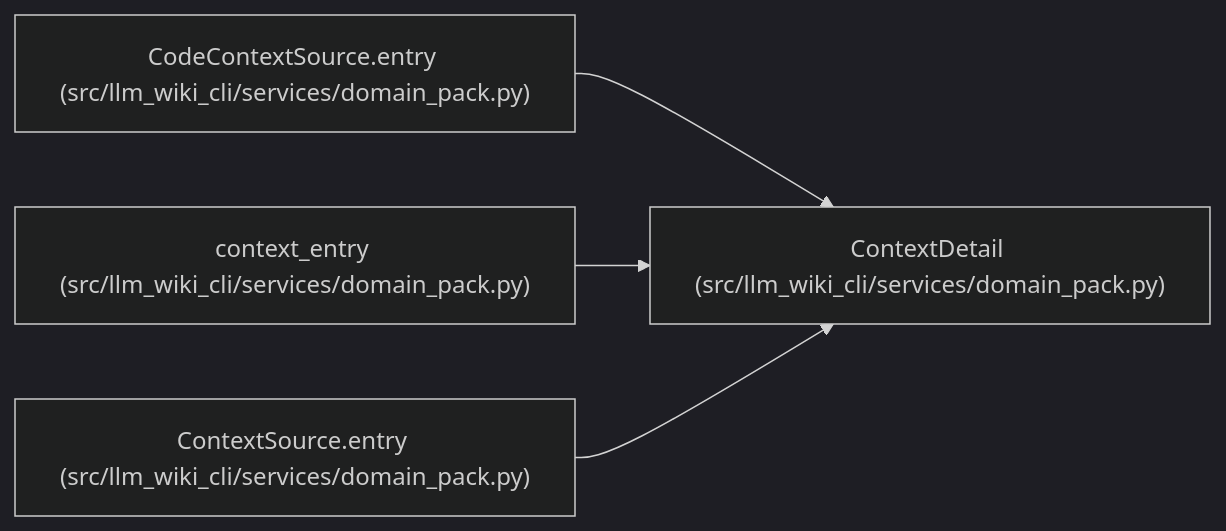
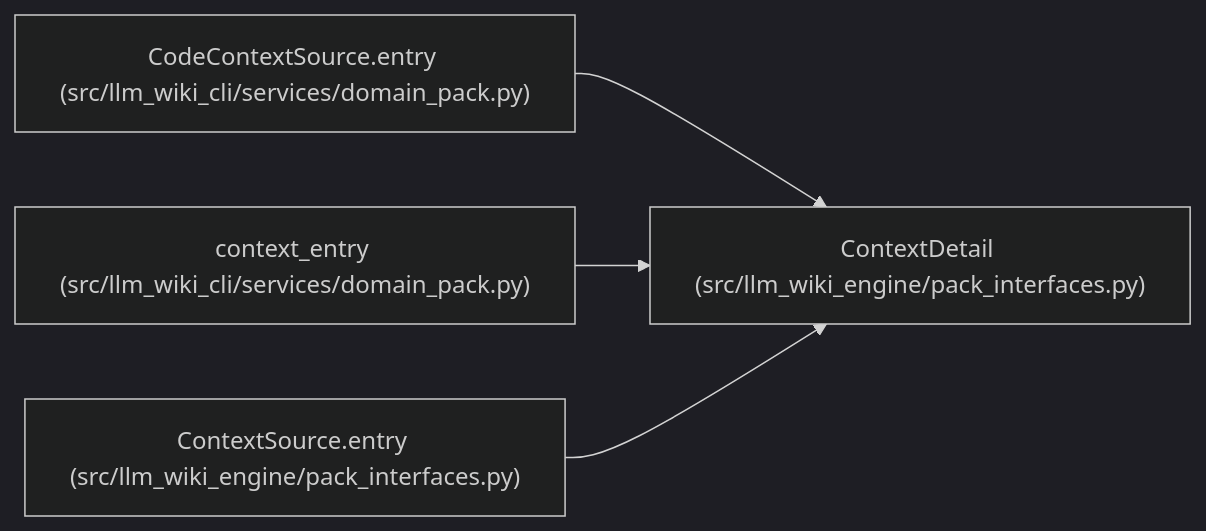
Before and after one commit to Denissvgn/python-wiki-llm: the diagram in docs/llm_wiki/entities/ContextDetail.md, drawn with Mermaid (dark theme). The commit also changed other lines of this file and 585 other files, not shown here.

Commit message:
docs: refresh the wiki for per-engine integrations

````diff
--- a/docs/llm_wiki/entities/ContextDetail.md
+++ b/docs/llm_wiki/entities/ContextDetail.md
@@ -24,14 +24,14 @@
 ```mermaid
 flowchart LR
-    n0["ContextDetail (src/llm_wiki_cli/services/domain_pack.py)"]
+    n0["ContextDetail (src/llm_wiki_engine/pack_interfaces.py)"]
     n1["CodeContextSource.entry (src/llm_wiki_cli/services/domain_pack.py)"]
     n2["context_entry (src/llm_wiki_cli/services/domain_pack.py)"]
-    n3["ContextSource.entry (src/llm_wiki_cli/services/domain_pack.py)"]
+    n3["ContextSource.entry (src/llm_wiki_engine/pack_interfaces.py)"]
     n1 --> n0
     n2 --> n0
     n3 --> n0
-    click n0 "../modules/domain_pack.md"
+    click n0 "../modules/pack_interfaces.md"
     click n1 "../modules/domain_pack.md"
     click n2 "../modules/domain_pack.md"
-    click n3 "../modules/domain_pack.md"
+    click n3 "../modules/pack_interfaces.md"
 ```
````
